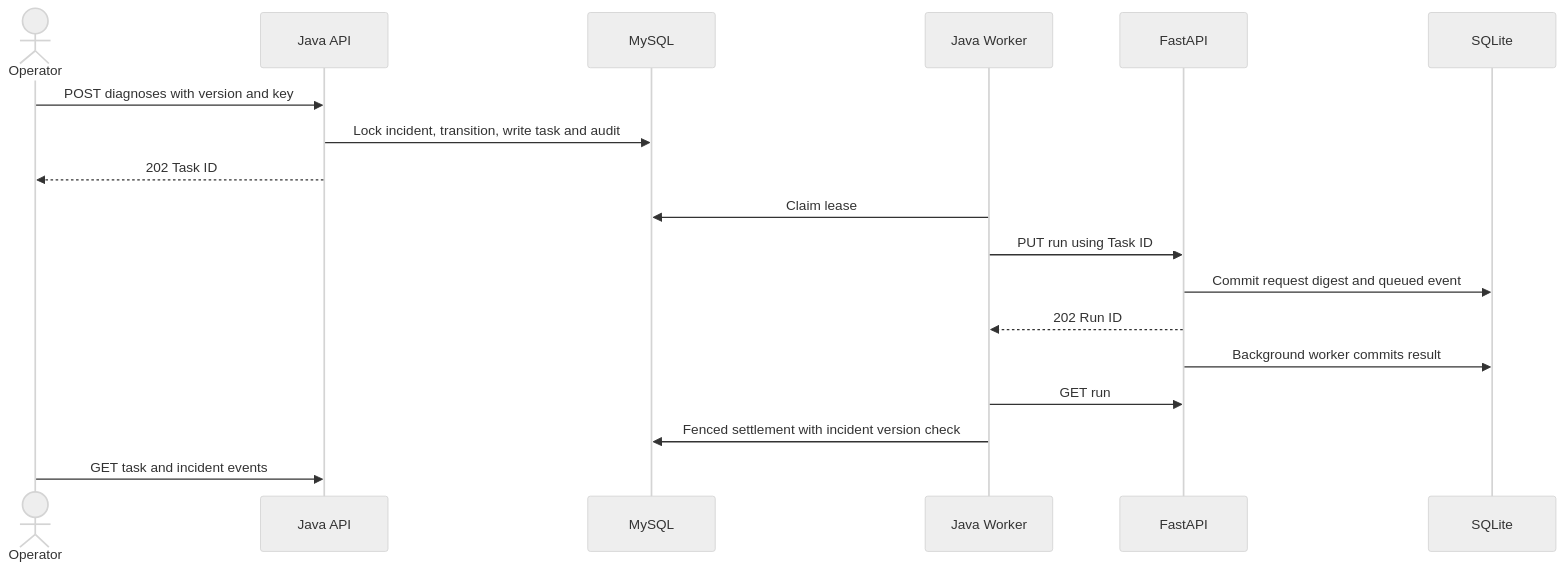
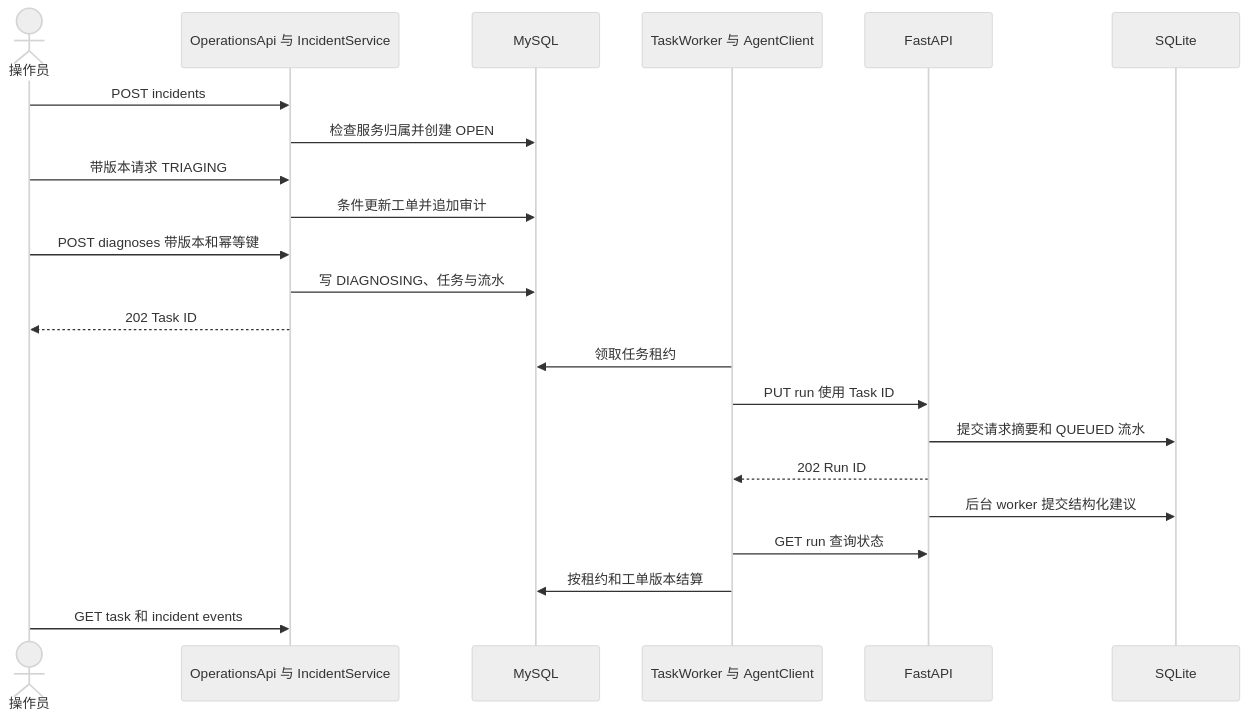
Before and after one commit to w2557414742-collab/OpsPilot: the third of 4 diagrams in CALL_FLOW.md, drawn with Mermaid (neutral theme). The commit also changed other lines of this file and 32 other files, not shown here.

````diff
--- a/CALL_FLOW.md
+++ b/CALL_FLOW.md
@@ -3,20 +43,24 @@
 ```mermaid
 sequenceDiagram
-  actor S as Operator
-  participant J as Java API
-  participant M as MySQL
-  participant W as Java Worker
-  participant P as FastAPI
-  participant Q as SQLite
-  S->>J: POST diagnoses with version and key
-  J->>M: Lock incident, transition, write task and audit
-  J-->>S: 202 Task ID
-  W->>M: Claim lease
-  W->>P: PUT run using Task ID
-  P->>Q: Commit request digest and queued event
-  P-->>W: 202 Run ID
-  P->>Q: Background worker commits result
-  W->>P: GET run
-  W->>M: Fenced settlement with incident version check
-  S->>J: GET task and incident events
+    actor S as 操作员
+    participant J as OperationsApi 与 IncidentService
+    participant M as MySQL
+    participant W as TaskWorker 与 AgentClient
+    participant P as FastAPI
+    participant Q as SQLite
+    S->>J: POST incidents
+    J->>M: 检查服务归属并创建 OPEN
+    S->>J: 带版本请求 TRIAGING
+    J->>M: 条件更新工单并追加审计
+    S->>J: POST diagnoses 带版本和幂等键
+    J->>M: 写 DIAGNOSING、任务与流水
+    J-->>S: 202 Task ID
+    W->>M: 领取任务租约
+    W->>P: PUT run 使用 Task ID
+    P->>Q: 提交请求摘要和 QUEUED 流水
+    P-->>W: 202 Run ID
+    P->>Q: 后台 worker 提交结构化建议
+    W->>P: GET run 查询状态
+    W->>M: 按租约和工单版本结算
+    S->>J: GET task 和 incident events
 ```
````
